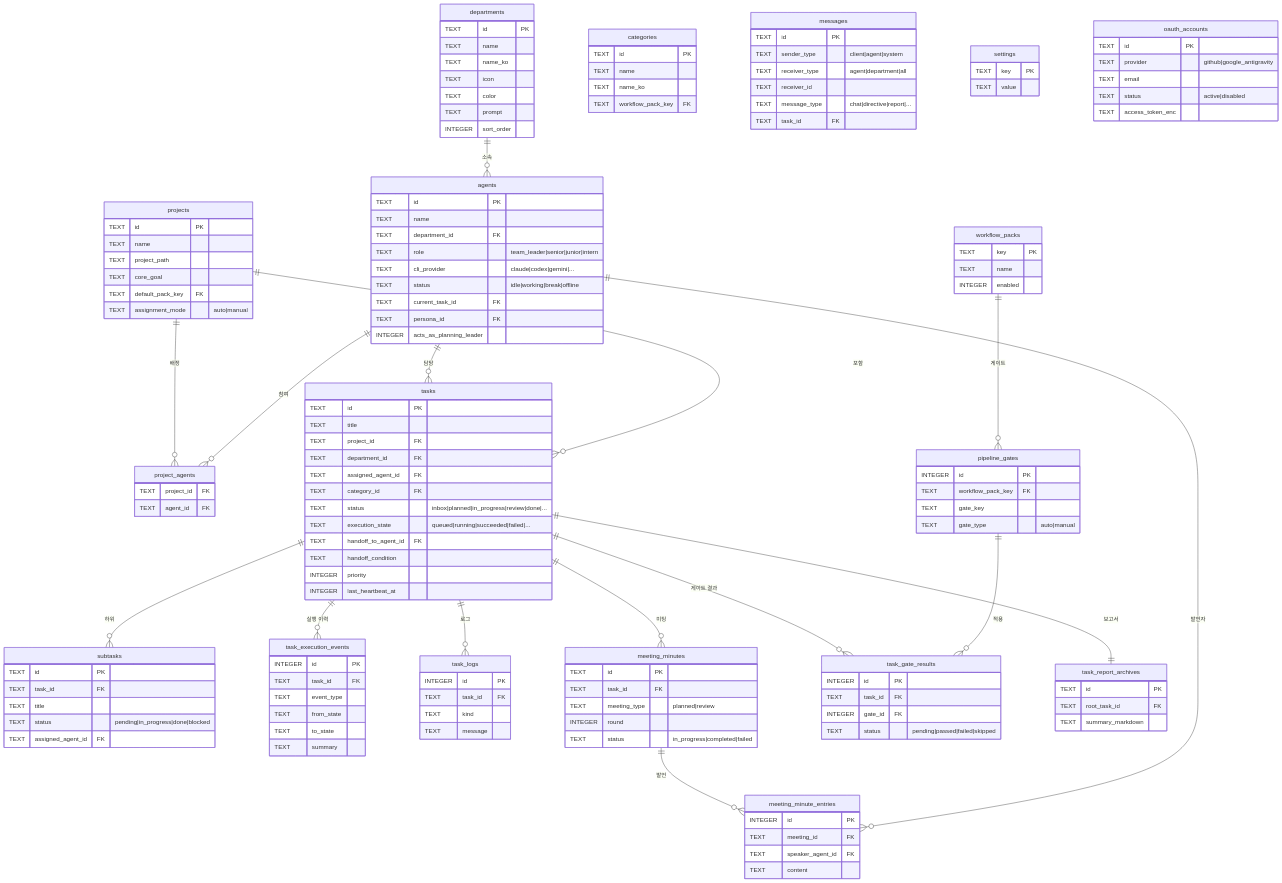
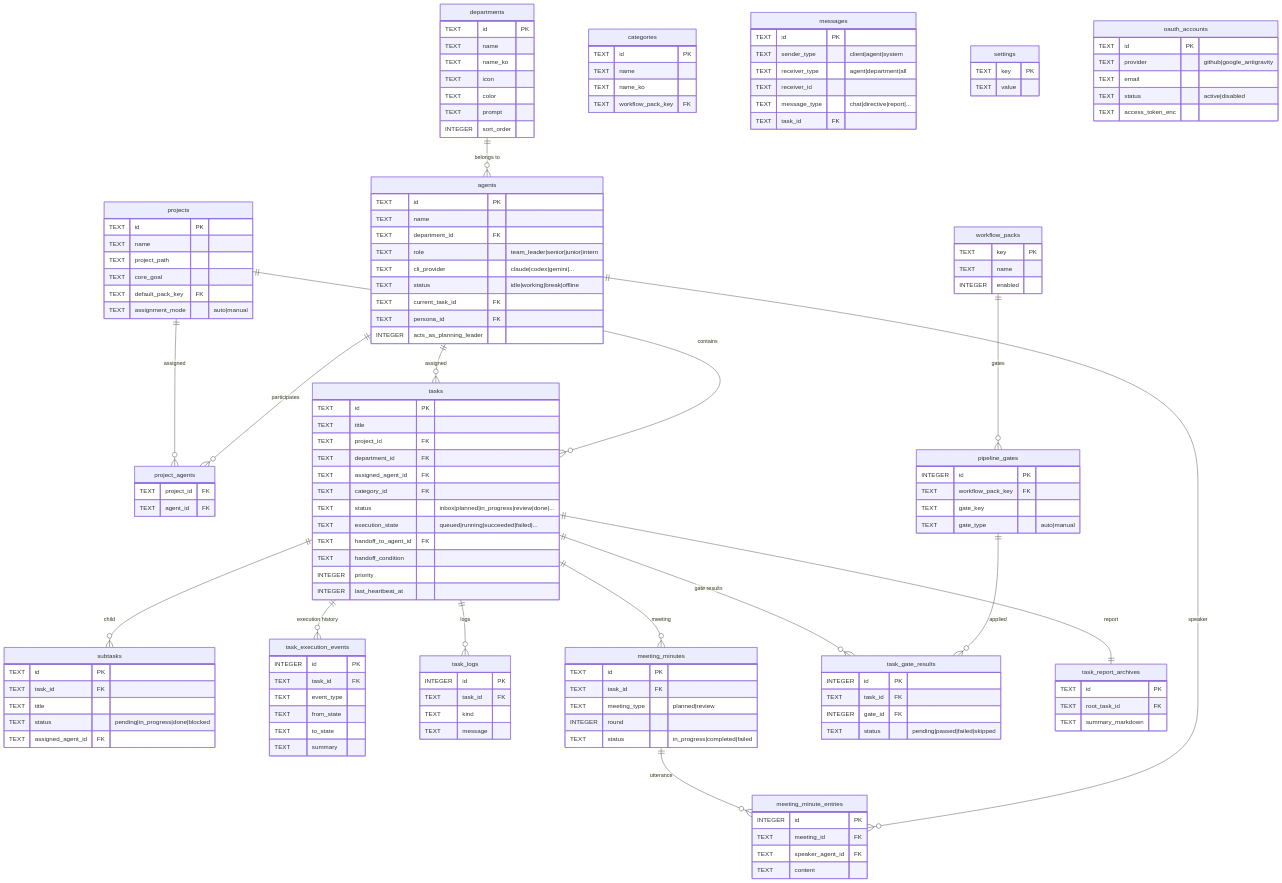
One commit to ccivlcid/AgentDesk changed the diagram in docs/architecture/schema-erd.md. Above: the diagram before and after it, drawn with Mermaid. The commit also changed other lines of this file, not shown here.

First line of the commit message:
docs: translate schema-erd.md to English

````diff
--- a/docs/architecture/schema-erd.md
+++ b/docs/architecture/schema-erd.md
@@ -155,19 +155,19 @@
         TEXT summary_markdown
     }
 
-    departments ||--o{ agents : "소속"
-    agents ||--o{ tasks : "담당"
-    projects ||--o{ tasks : "포함"
-    projects ||--o{ project_agents : "배정"
-    agents ||--o{ project_agents : "참여"
-    tasks ||--o{ subtasks : "하위"
-    tasks ||--o{ task_execution_events : "실행 이력"
-    tasks ||--o{ task_logs : "로그"
-    tasks ||--o{ meeting_minutes : "미팅"
-    meeting_minutes ||--o{ meeting_minute_entries : "발언"
-    agents ||--o{ meeting_minute_entries : "발언자"
-    workflow_packs ||--o{ pipeline_gates : "게이트"
-    tasks ||--o{ task_gate_results : "게이트 결과"
-    pipeline_gates ||--o{ task_gate_results : "적용"
-    tasks ||--|| task_report_archives : "보고서"
+    departments ||--o{ agents : "belongs to"
+    agents ||--o{ tasks : "assigned"
+    projects ||--o{ tasks : "contains"
+    projects ||--o{ project_agents : "assigned"
+    agents ||--o{ project_agents : "participates"
+    tasks ||--o{ subtasks : "child"
+    tasks ||--o{ task_execution_events : "execution history"
+    tasks ||--o{ task_logs : "logs"
+    tasks ||--o{ meeting_minutes : "meeting"
+    meeting_minutes ||--o{ meeting_minute_entries : "utterance"
+    agents ||--o{ meeting_minute_entries : "speaker"
+    workflow_packs ||--o{ pipeline_gates : "gates"
+    tasks ||--o{ task_gate_results : "gate results"
+    pipeline_gates ||--o{ task_gate_results : "applied"
+    tasks ||--|| task_report_archives : "report"
 ```
````
